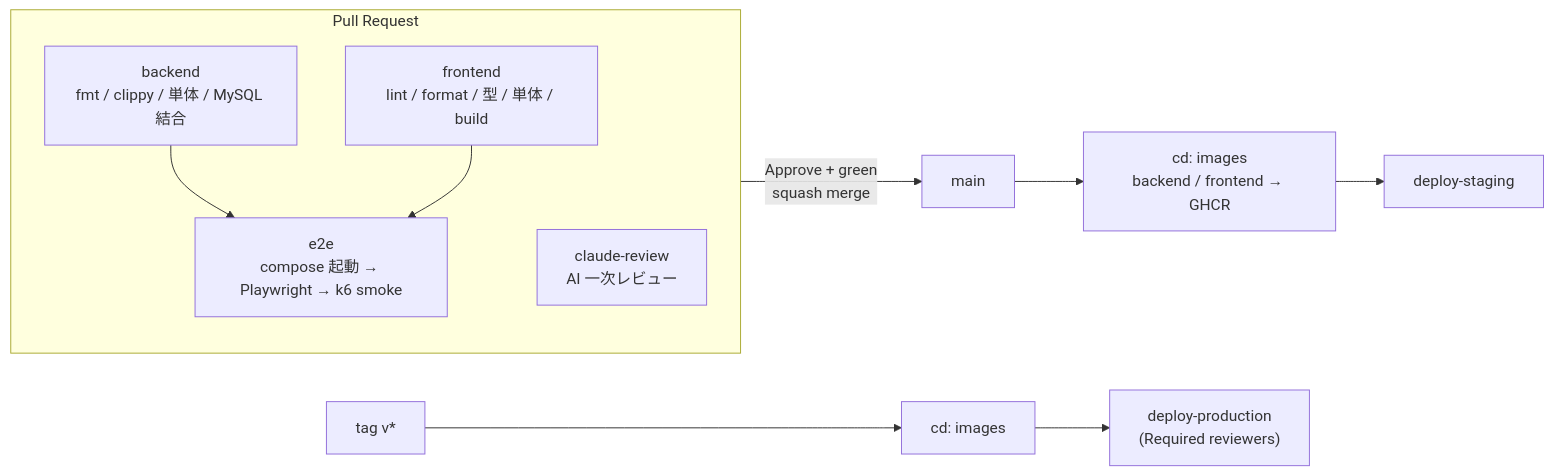
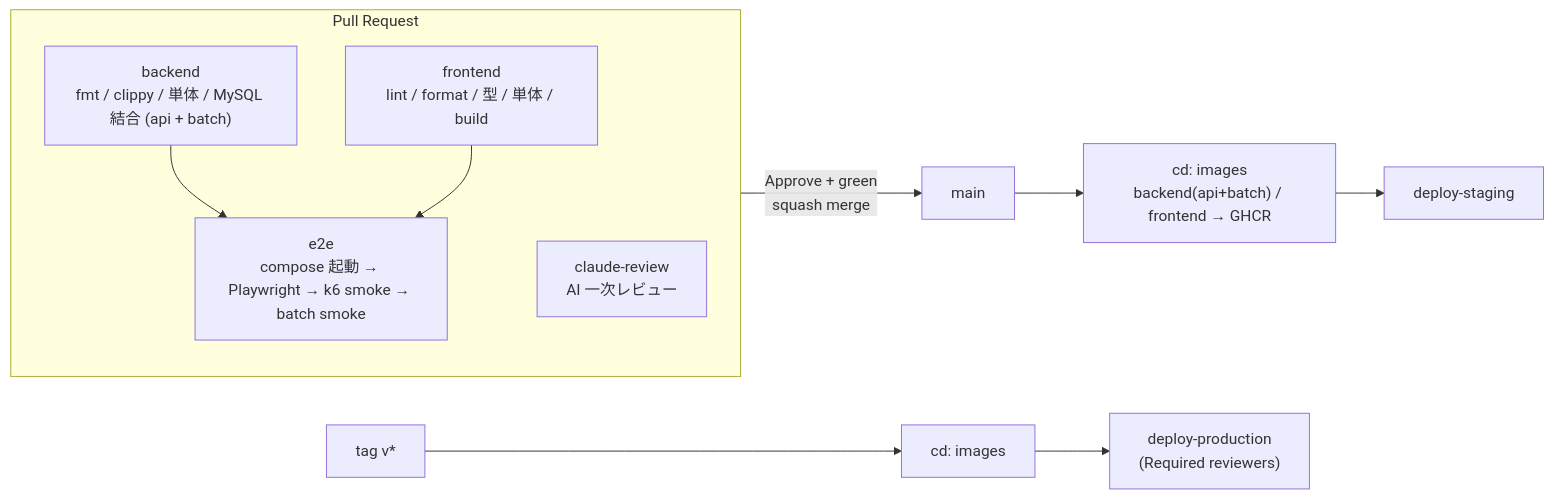
Diagram 15 of 15 in README.md (ktaishi/rust-next-voiler), drawn with Mermaid before and after one commit. The commit also changed other lines of this file and 53 other files, not shown here.

````diff
--- a/README.md
+++ b/README.md
@@ -345,16 +541,16 @@
 ```mermaid
 flowchart LR
     subgraph PR["Pull Request"]
         direction TB
-        B["backend<br/>fmt / clippy / 単体 / MySQL 結合"]
+        B["backend<br/>fmt / clippy / 単体 / MySQL 結合 (api + batch)"]
         F["frontend<br/>lint / format / 型 / 単体 / build"]
-        E2E["e2e<br/>compose 起動 → Playwright → k6 smoke"]
+        E2E["e2e<br/>compose 起動 → Playwright → k6 smoke → batch smoke"]
         CR["claude-review<br/>AI 一次レビュー"]
         B --> E2E
         F --> E2E
     end
     PR -->|"Approve + green<br/>squash merge"| MAIN["main"]
-    MAIN --> IMG["cd: images<br/>backend / frontend → GHCR"]
+    MAIN --> IMG["cd: images<br/>backend(api+batch) / frontend → GHCR"]
     IMG --> STG["deploy-staging"]
     TAG["tag v*"] --> IMG2["cd: images"] --> PRD["deploy-production<br/>(Required reviewers)"]
 ```
````
